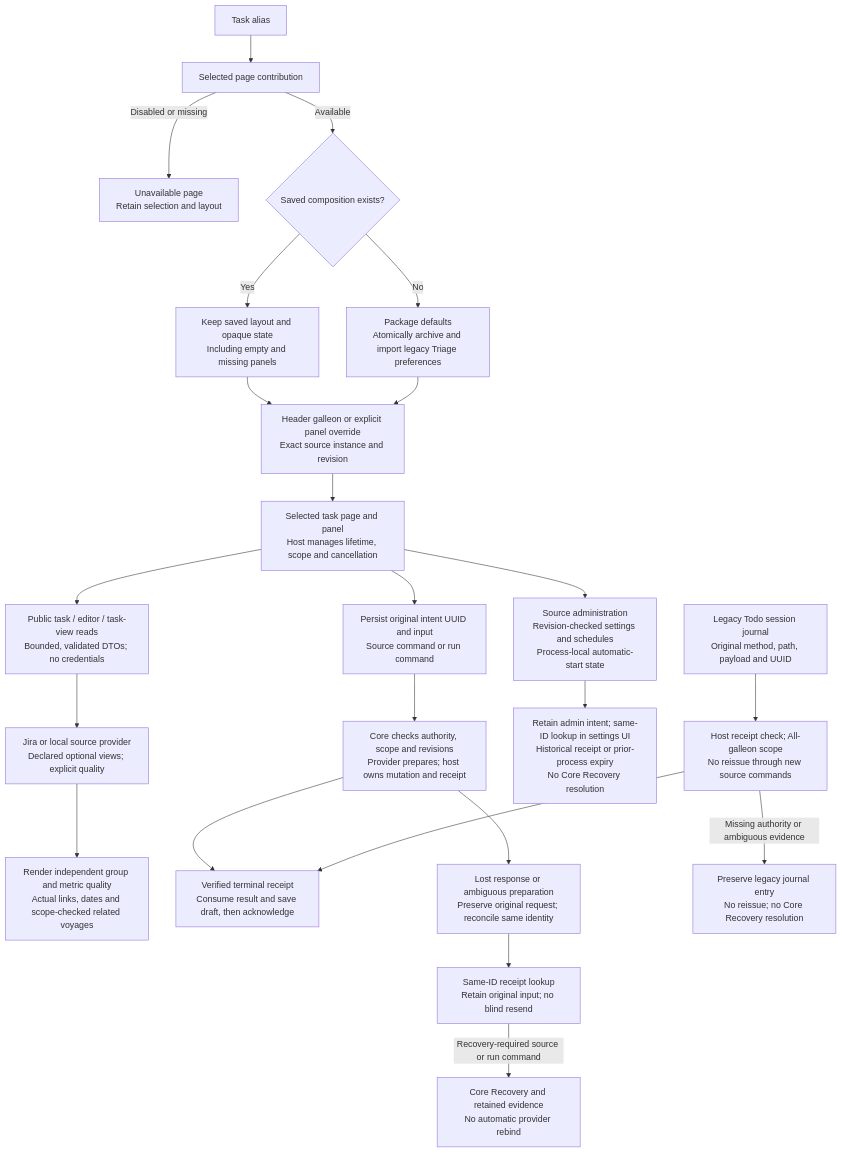
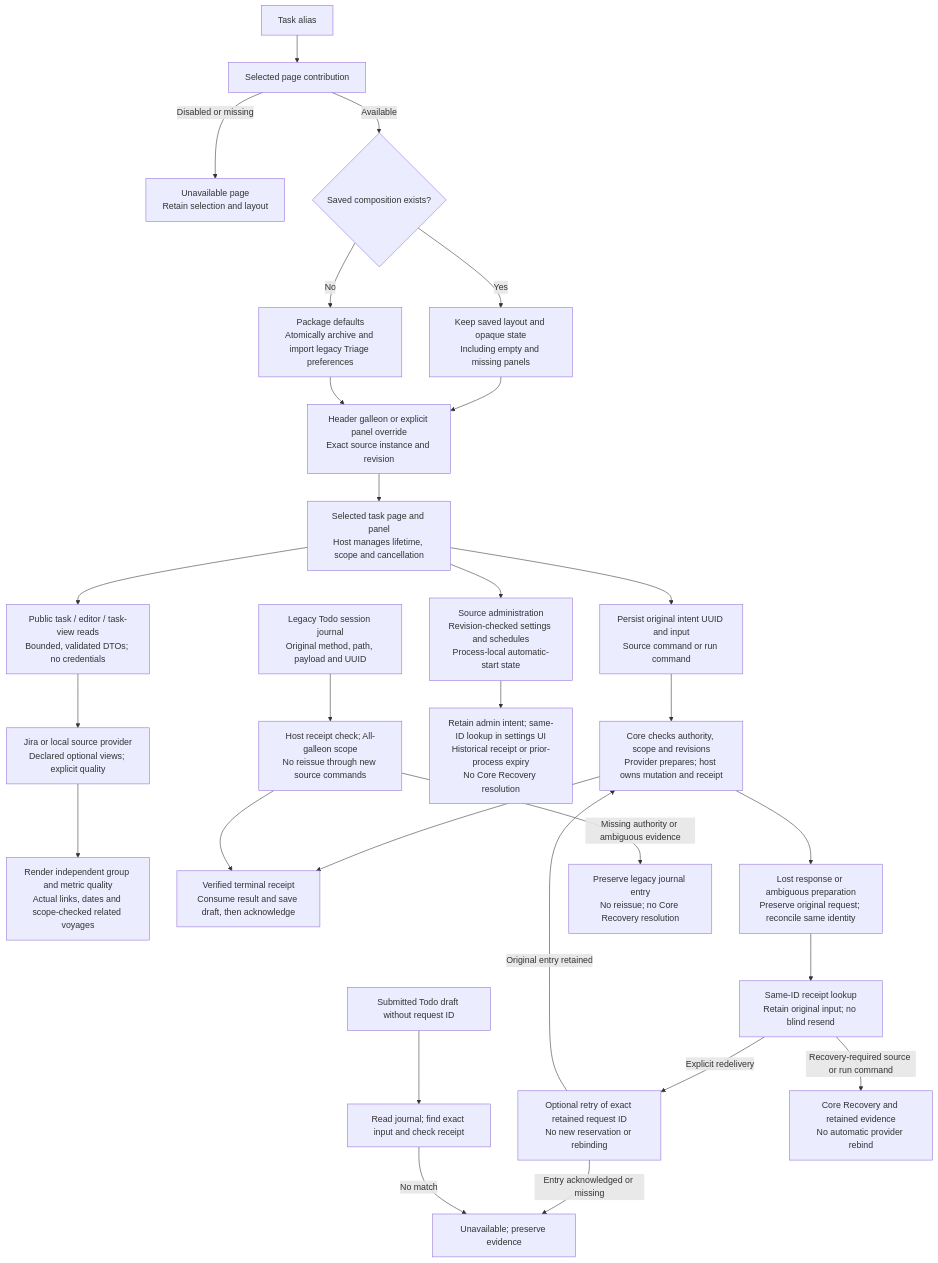
One commit to nloehlein-godaddy/helmsman changed the first of 8 diagrams in docs/helmsman-process.md. Above: the diagram before and after it, drawn with Mermaid. The commit also changed other lines of this file and 51 other files, not shown here.

````diff
--- a/docs/helmsman-process.md
+++ b/docs/helmsman-process.md
@@ -11,25 +11,30 @@
 ```mermaid
 flowchart TD
     Alias[Task alias] --> Selection[Selected page contribution]
     Selection -->|Disabled or missing| Unavailable[Unavailable page<br/>Retain selection and layout]
     Selection -->|Available| Layout{Saved composition exists?}
     Layout -->|Yes| Retain[Keep saved layout and opaque state<br/>Including empty and missing panels]
     Layout -->|No| Initialize[Package defaults<br/>Atomically archive and import legacy Triage preferences]
     Retain --> Scope
     Initialize --> Scope
     Scope[Header galleon or explicit panel override<br/>Exact source instance and revision] --> Panel[Selected task page and panel<br/>Host manages lifetime, scope and cancellation]
     Panel --> Reads[Public task / editor / task-view reads<br/>Bounded, validated DTOs; no credentials]
     Reads --> Provider[Jira or local source provider<br/>Declared optional views; explicit quality]
     Provider --> Display[Render independent group and metric quality<br/>Actual links, dates and scope-checked related voyages]
     Panel --> Intent[Persist original intent UUID and input<br/>Source command or run command]
     Intent --> Core[Core checks authority, scope and revisions<br/>Provider prepares; host owns mutation and receipt]
     Core --> Accepted[Verified terminal receipt<br/>Consume result and save draft, then acknowledge]
     Core --> Uncertain[Lost response or ambiguous preparation<br/>Preserve original request; reconcile same identity]
     Uncertain --> Lookup[Same-ID receipt lookup<br/>Retain original input; no blind resend]
+    Lookup -->|Explicit redelivery| Retry[Optional retry of exact retained request ID<br/>No new reservation or rebinding]
+    Retry -->|Entry acknowledged or missing| Missing[Unavailable; preserve evidence]
+    Retry -->|Original entry retained| Core
+    NoId[Submitted Todo draft without request ID] --> Match[Read journal; find exact input and check receipt]
+    Match -->|No match| Missing
     Lookup -->|Recovery-required source or run command| Recovery[Core Recovery and retained evidence<br/>No automatic provider rebind]
     Panel --> Admin[Source administration<br/>Revision-checked settings and schedules<br/>Process-local automatic-start state]
     Admin --> AdminLookup[Retain admin intent; same-ID lookup in settings UI<br/>Historical receipt or prior-process expiry<br/>No Core Recovery resolution]
     Legacy[Legacy Todo session journal<br/>Original method, path, payload and UUID] --> Check[Host receipt check; All-galleon scope<br/>No reissue through new source commands]
     Check --> Accepted
     Check -->|Missing authority or ambiguous evidence| Preserve[Preserve legacy journal entry<br/>No reissue; no Core Recovery resolution]
 ```
````
